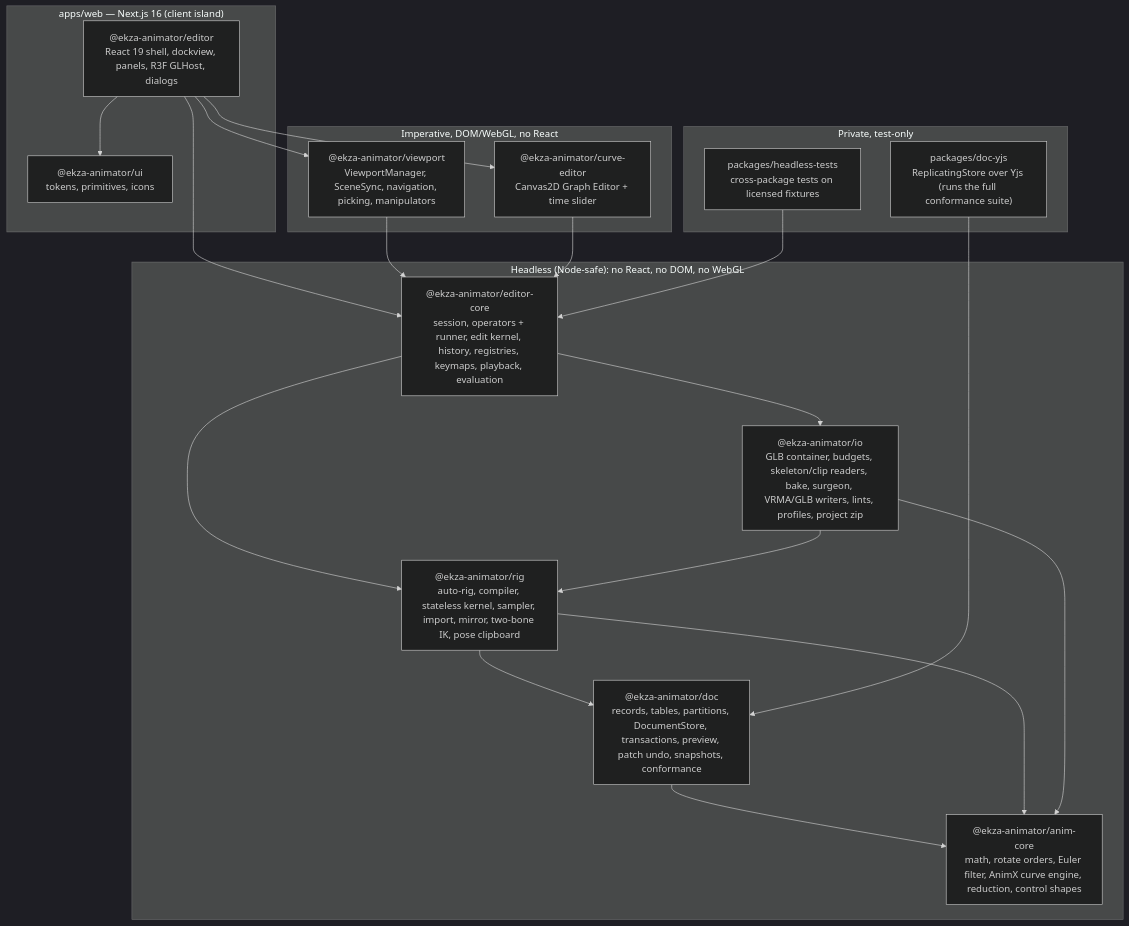
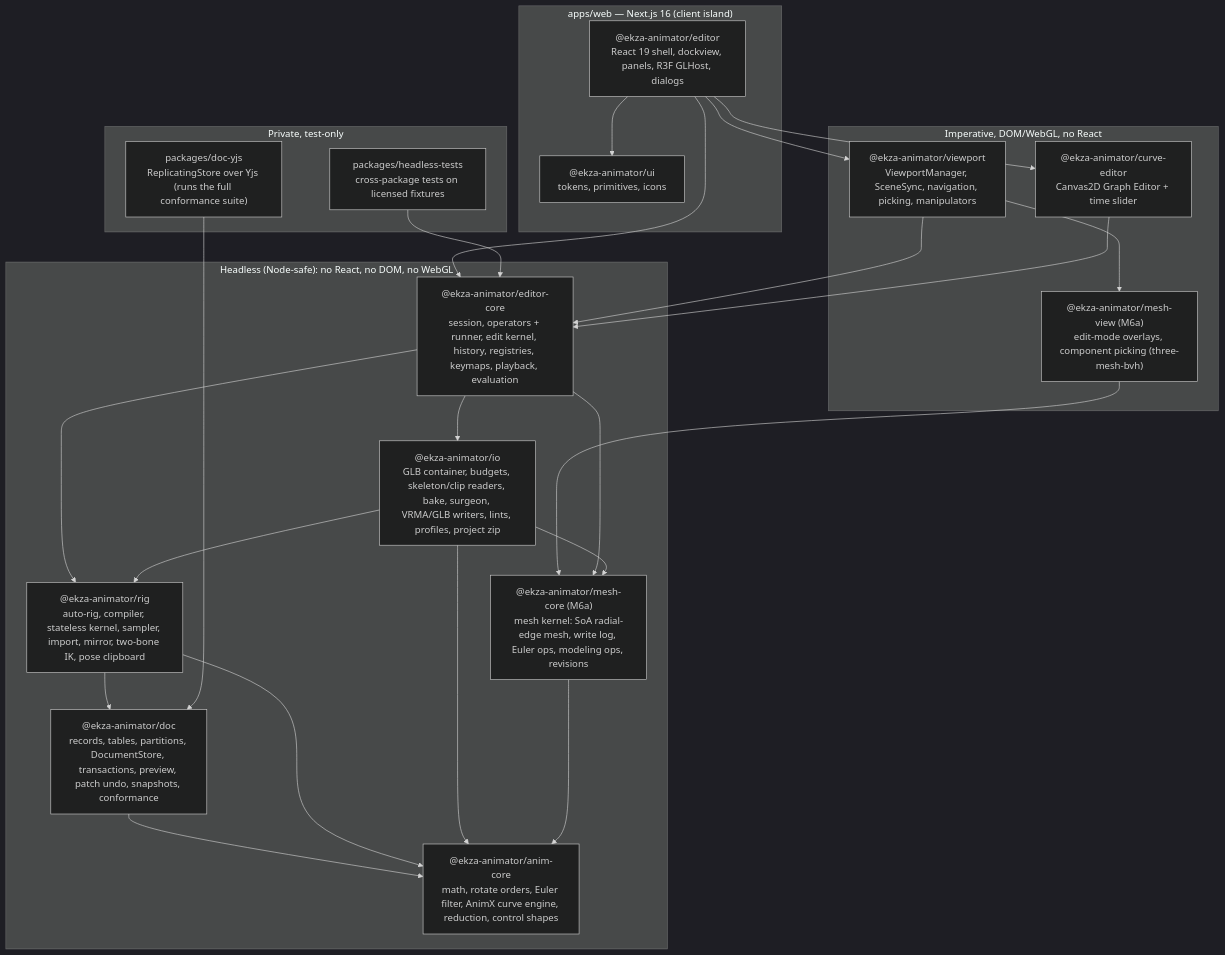
One commit to ekza-space/ekza-animator changed the diagram in ARCHITECTURE.md. Above: the diagram before and after it, drawn with Mermaid (dark theme). The commit also changed other lines of this file and 12 other files, not shown here.

````diff
--- a/ARCHITECTURE.md
+++ b/ARCHITECTURE.md
@@ -36,37 +38,44 @@
 ```mermaid
 flowchart TB
   subgraph Shell["apps/web — Next.js 16 (client island)"]
     EDITOR["@ekza-animator/editor<br/>React 19 shell, dockview, panels, R3F GLHost, dialogs"]
     UI["@ekza-animator/ui<br/>tokens, primitives, icons"]
   end
   subgraph Interactive["Imperative, DOM/WebGL, no React"]
     VP["@ekza-animator/viewport<br/>ViewportManager, SceneSync, navigation, picking, manipulators"]
     CE["@ekza-animator/curve-editor<br/>Canvas2D Graph Editor + time slider"]
+    MV["@ekza-animator/mesh-view (M6a)<br/>edit-mode overlays, component picking (three-mesh-bvh)"]
   end
   subgraph Headless["Headless (Node-safe): no React, no DOM, no WebGL"]
     EC["@ekza-animator/editor-core<br/>session, operators + runner, edit kernel, history, registries, keymaps, playback, evaluation"]
     IO["@ekza-animator/io<br/>GLB container, budgets, skeleton/clip readers, bake, surgeon, VRMA/GLB writers, lints, profiles, project zip"]
     RIG["@ekza-animator/rig<br/>auto-rig, compiler, stateless kernel, sampler, import, mirror, two-bone IK, pose clipboard"]
     DOC["@ekza-animator/doc<br/>records, tables, partitions, DocumentStore, transactions, preview, patch undo, snapshots, conformance"]
+    MC["@ekza-animator/mesh-core (M6a)<br/>mesh kernel: SoA radial-edge mesh, write log, Euler ops, modeling ops, revisions"]
     AC["@ekza-animator/anim-core<br/>math, rotate orders, Euler filter, AnimX curve engine, reduction, control shapes"]
   end
   subgraph TestOnly["Private, test-only"]
     YJS["packages/doc-yjs<br/>ReplicatingStore over Yjs (runs the full conformance suite)"]
     HT["packages/headless-tests<br/>cross-package tests on licensed fixtures"]
   end
   EDITOR --> UI
   EDITOR --> VP
   EDITOR --> CE
   EDITOR --> EC
   VP --> EC
   CE --> EC
   EC --> IO
   EC --> RIG
   IO --> RIG
   RIG --> DOC
   DOC --> AC
   RIG --> AC
   IO --> AC
   YJS --> DOC
   HT --> EC
+  VP --> MV
+  MV --> MC
+  EC --> MC
+  IO --> MC
+  MC --> AC
 ```
````
